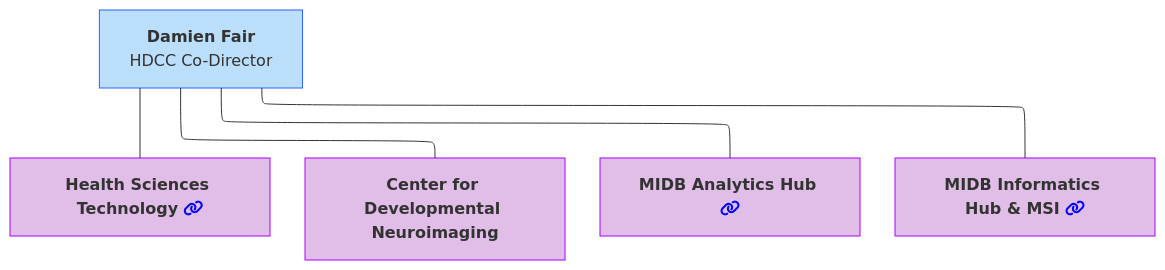
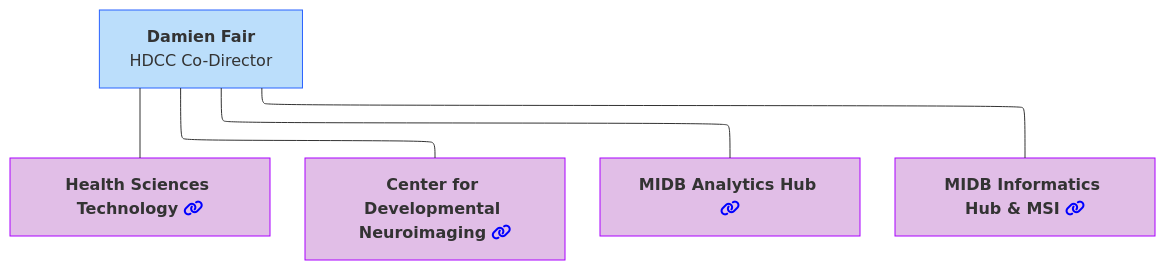
Before and after one commit to DCAN-Labs/hbcd-docs-internal: the seventh of 12 diagrams in docs/orgcharts.md, drawn with Mermaid.

Commit message:
add link

````diff
--- a/docs/orgcharts.md
+++ b/docs/orgcharts.md
@@ -308,21 +308,21 @@
 ```mermaid
 ---
 config:
   layout: elk
 ---
 flowchart TB
     A["<b>Damien Fair</b><br>HDCC Co-Director"] 
     A --- B["<b>Health Sciences Technology</b> <i class="fa-solid fa-link" style="color: blue;"></i>"]
-    A --- C["<b>Center for Developmental Neuroimaging</b>"]
+    A --- C["<b>Center for Developmental Neuroimaging</b> <i class="fa-solid fa-link" style="color: blue;"></i>"]
     A --- D["<b>MIDB Analytics Hub</b> <i class="fa-solid fa-link" style="color: blue;"></i>"]
     A --- E["<b>MIDB Informatics Hub &amp; MSI</b> <i class="fa-solid fa-link" style="color: blue;"></i>"]
     style A fill:#BBDEFB,stroke:#2962FF
     style B fill:#E1BEE7,stroke:#AA00FF
     style C fill:#E1BEE7,stroke:#AA00FF
     style D fill:#E1BEE7,stroke:#AA00FF
     style E fill:#E1BEE7,stroke:#AA00FF
     click B "#health-sciences-technology"
     click C "#center-for-developmental-neuroimaging"
     click D "#midb-analytics-hub"
     click E "#midb-informatics-hub-msi"
 ```
````
